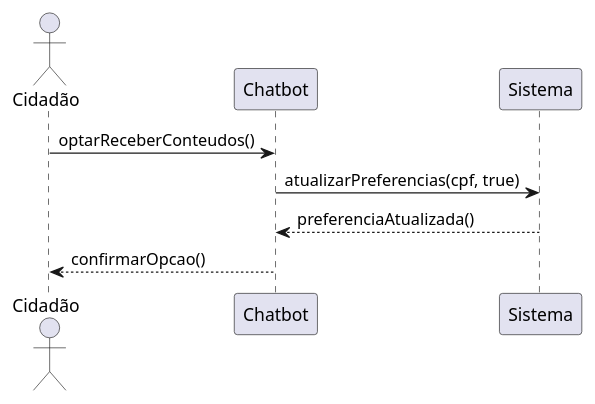
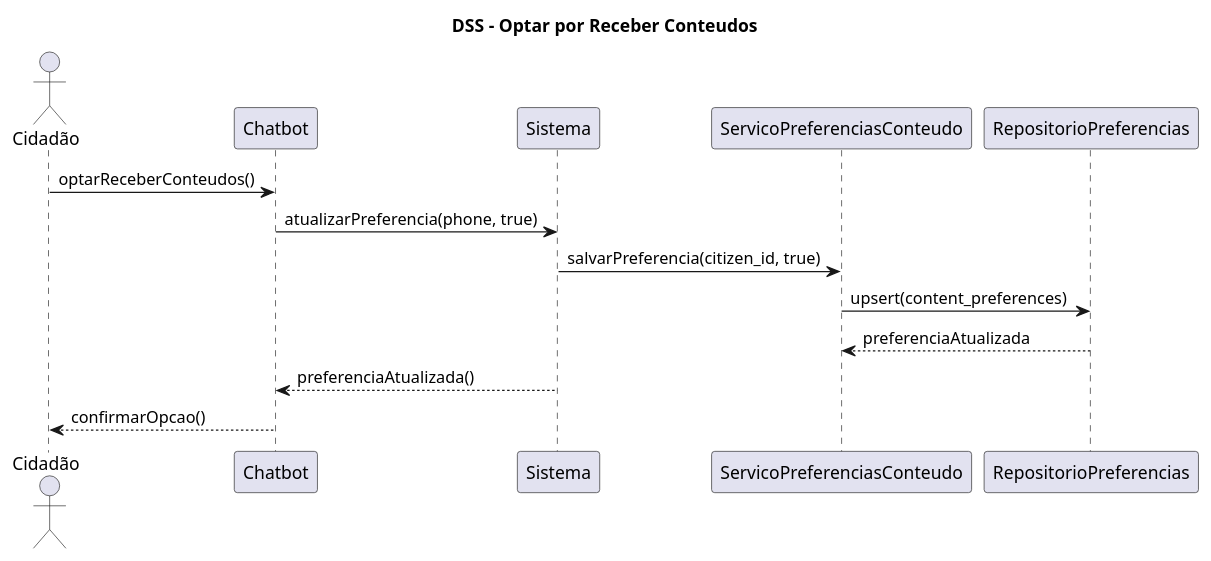
The diagram in Artefatos/DSS/chatbot-optar-receber-conteudos.puml (ICEI-PUC-Minas-PPLES-TI/plf-es-2025-2-tcci-0393100-dev-bernardo-biondini), drawn with PlantUML before and after one commit. The commit also changed 96 other files, not shown here.

Commit message:
Remoção de casos de uso e diagramas desnecessários e adaptações dos diagramas ao contexo atual do projeto

```diff
--- a/Artefatos/DSS/chatbot-optar-receber-conteudos.puml
+++ b/Artefatos/DSS/chatbot-optar-receber-conteudos.puml
@@ -1,10 +1,17 @@
 @startuml
+title DSS - Optar por Receber Conteudos
+
 actor Cidadão
 participant Chatbot
 participant Sistema
+participant "ServicoPreferenciasConteudo" as Service
+participant "RepositorioPreferencias" as Repo
 
 Cidadão -> Chatbot : optarReceberConteudos()
-Chatbot -> Sistema : atualizarPreferencias(cpf, true)
+Chatbot -> Sistema : atualizarPreferencia(phone, true)
+Sistema -> Service : salvarPreferencia(citizen_id, true)
+Service -> Repo : upsert(content_preferences)
+Repo --> Service : preferenciaAtualizada
 Sistema --> Chatbot : preferenciaAtualizada()
 Chatbot --> Cidadão : confirmarOpcao()
 @enduml
```
